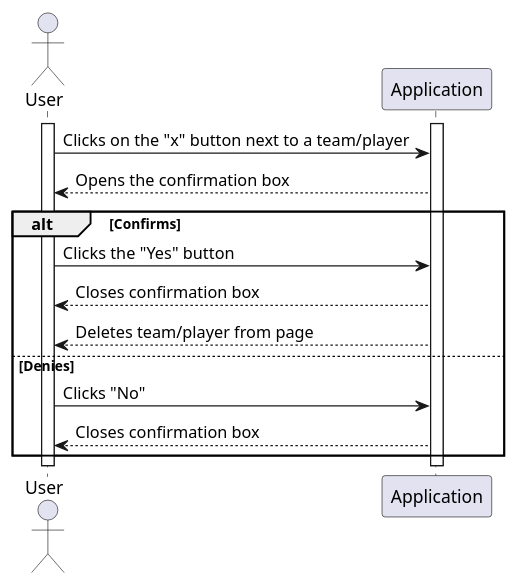
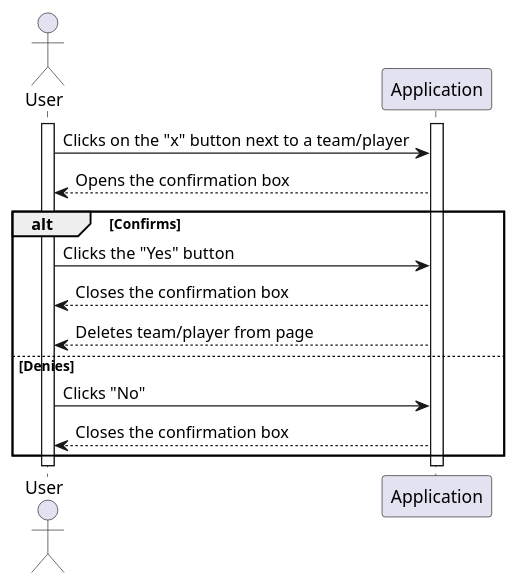
The diagram in ProjektUML/SequencediagramUserAppData/sequence_diagram_deleteTeam.wsd (itzMesh/DCST1008-Prosjekt), drawn with PlantUML before and after one commit. The commit also changed 5 other files, not shown here.

Commit message:
more uml typos

```diff
--- a/ProjektUML/SequencediagramUserAppData/sequence_diagram_deleteTeam.wsd
+++ b/ProjektUML/SequencediagramUserAppData/sequence_diagram_deleteTeam.wsd
@@ -1,23 +1,23 @@
 @startuml createTournament
 
 actor User as U
 participant Application as A
 
 activate U
 activate A
 
 U->A: Clicks on the "x" button next to a team/player
 A-->U: Opens the confirmation box
 alt Confirms
     U->A: Clicks the "Yes" button
-    A-->U: Closes confirmation box
+    A-->U: Closes the confirmation box
     A-->U: Deletes team/player from page
 else Denies
     U->A: Clicks "No"
-    A-->U: Closes confirmation box
+    A-->U: Closes the confirmation box
 
 end
 
 
 
 @enduml
```
